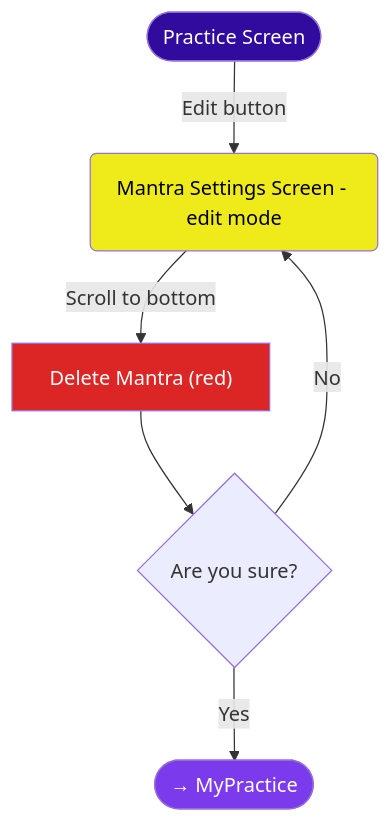
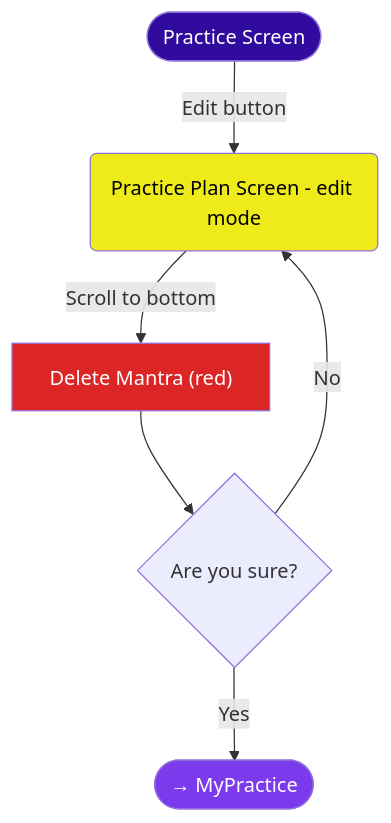
Before and after one commit to E-Brons/MyMantra: the eighth of 11 diagrams in docs/product/app_flowchart.md, drawn with Mermaid. The commit also changed other lines of this file and 1 other file, not shown here.

First line of the commit message:
doc: app_flowchart v0.3 — two-screen model + implementation plan

````diff
--- a/docs/product/app_flowchart.md
+++ b/docs/product/app_flowchart.md
@@ -491,13 +491,13 @@
 ```mermaid
 graph TD
-    PRACTICE([Practice Screen]) -->|Edit button| SETTINGS(Mantra Settings Screen - edit mode)
-    SETTINGS -->|Scroll to bottom| DELETE["Delete Mantra (red)"]
+    PRACTICE([Practice Screen]) -->|Edit button| PLAN(Practice Plan Screen - edit mode)
+    PLAN -->|Scroll to bottom| DELETE["Delete Mantra (red)"]
     DELETE --> CONFIRM{Are you sure?}
     CONFIRM -->|Yes| MYPRACTICE([→ MyPractice])
-    CONFIRM -->|No| SETTINGS
+    CONFIRM -->|No| PLAN
 
     style PRACTICE fill:#300B9D,color:#fff
-    style SETTINGS fill:#EFEB1B,color:#000
+    style PLAN fill:#EFEB1B,color:#000
     style DELETE fill:#dc2626,color:#fff
     style MYPRACTICE fill:#7c3aed,color:#fff
 ```
````
